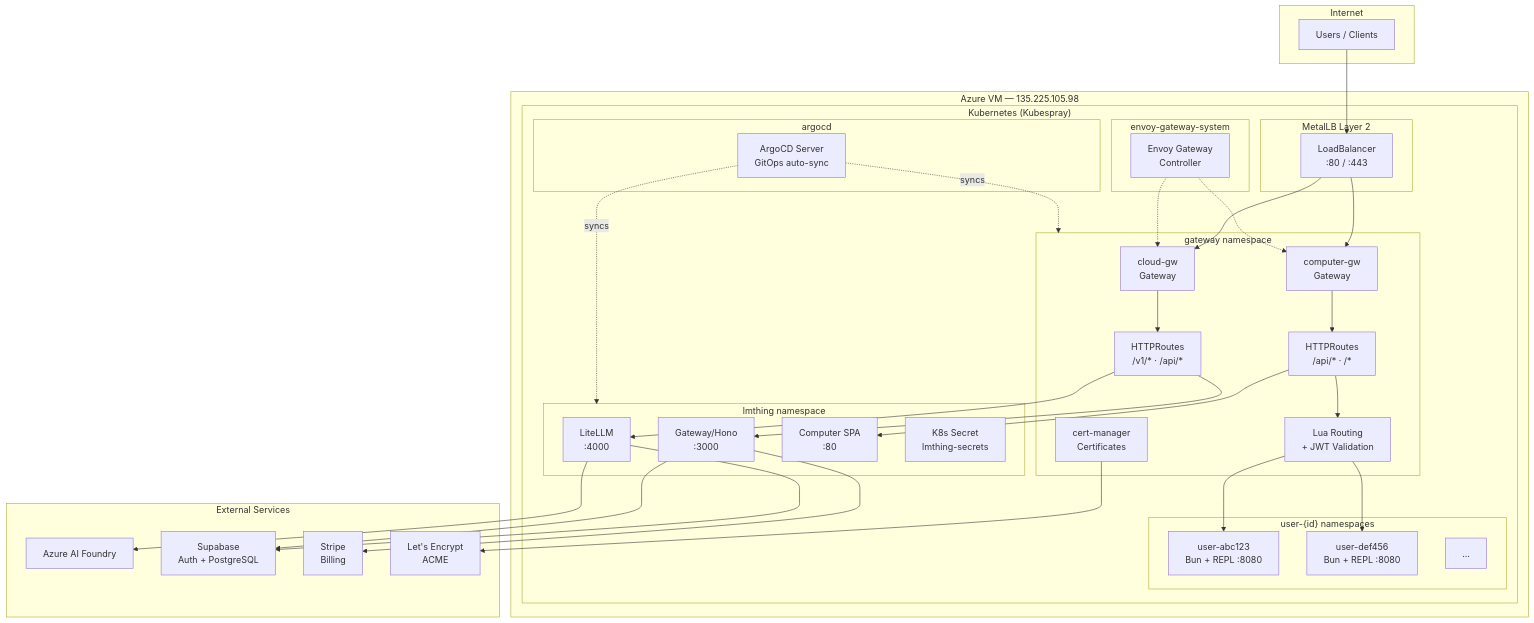
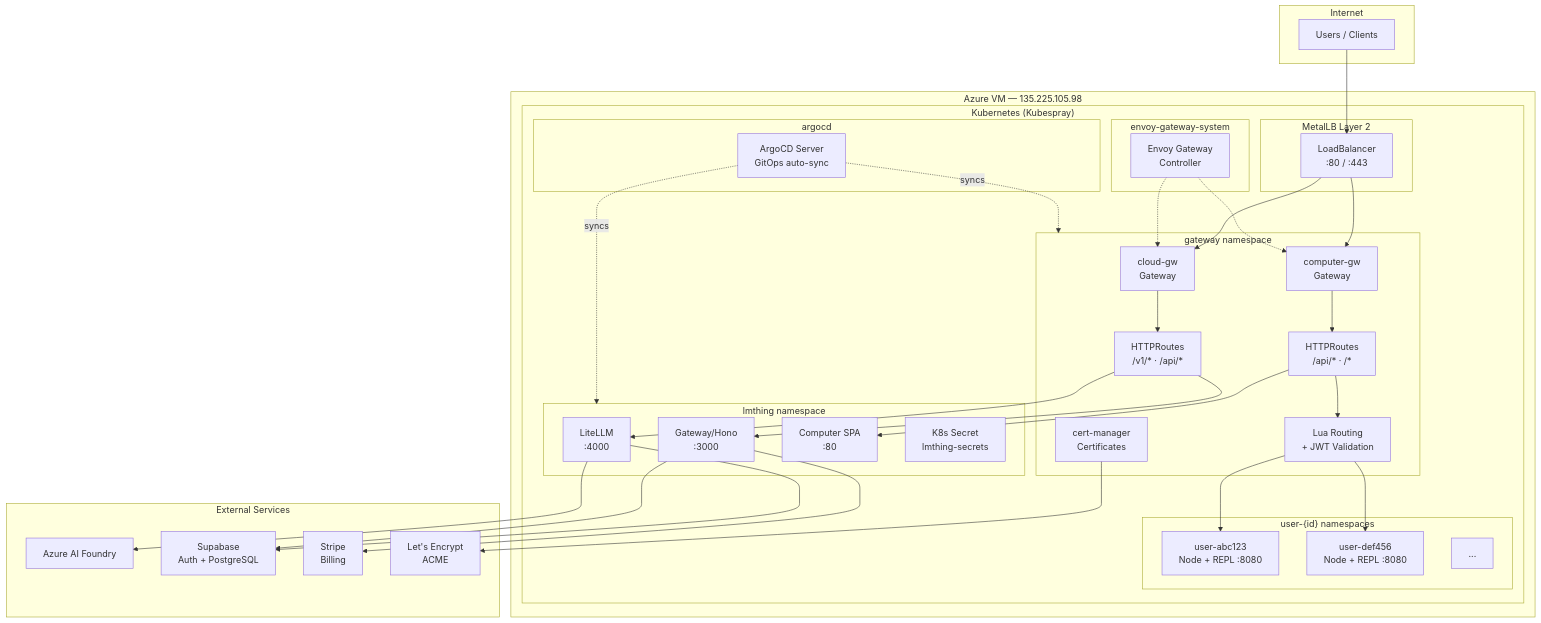
One commit to lmthing/lmthing changed the second of 7 diagrams in devops/README.md. Above: the diagram before and after it, drawn with Mermaid. The commit also changed other lines of this file and 16 other files, not shown here.

````diff
--- a/devops/README.md
+++ b/devops/README.md
@@ -25,72 +25,72 @@
 ```mermaid
 graph TB
     subgraph Internet["Internet"]
         Users["Users / Clients"]
     end
 
     subgraph Azure["Azure VM — 135.225.105.98"]
         subgraph K8s["Kubernetes (Kubespray)"]
             subgraph MetalLB["MetalLB Layer 2"]
                 LB["LoadBalancer<br/>:80 / :443"]
             end
 
             subgraph ArgoCDNS["argocd"]
                 ArgoCD["ArgoCD Server<br/>GitOps auto-sync"]
             end
 
             subgraph EGSystem["envoy-gateway-system"]
                 EGCtrl["Envoy Gateway<br/>Controller"]
             end
 
             subgraph GatewayNS["gateway namespace"]
                 CloudGW["cloud-gw<br/>Gateway"]
                 ComputerGW["computer-gw<br/>Gateway"]
                 CloudRoutes["HTTPRoutes<br/>/v1/* · /api/*"]
                 ComputerRoutes["HTTPRoutes<br/>/api/* · /*"]
                 Policies["Lua Routing<br/>+ JWT Validation"]
                 Certs["cert-manager<br/>Certificates"]
             end
 
             subgraph LmthingNS["lmthing namespace"]
                 LiteLLM["LiteLLM<br/>:4000"]
                 Gateway["Gateway/Hono<br/>:3000"]
                 Computer["Computer SPA<br/>:80"]
                 Secrets["K8s Secret<br/>lmthing-secrets"]
             end
 
             subgraph UserNS["user-{id} namespaces"]
-                Pod1["user-abc123<br/>Bun + REPL :8080"]
-                Pod2["user-def456<br/>Bun + REPL :8080"]
+                Pod1["user-abc123<br/>Node + REPL :8080"]
+                Pod2["user-def456<br/>Node + REPL :8080"]
                 PodN["..."]
             end
         end
     end
 
     subgraph External["External Services"]
         AzureAI["Azure AI Foundry"]
         Supabase["Supabase<br/>Auth + PostgreSQL"]
         Stripe["Stripe<br/>Billing"]
         LE["Let's Encrypt<br/>ACME"]
     end
 
     Users --> LB
     LB --> CloudGW
     LB --> ComputerGW
     EGCtrl -.-> CloudGW
     EGCtrl -.-> ComputerGW
     CloudGW --> CloudRoutes
     ComputerGW --> ComputerRoutes
     CloudRoutes --> LiteLLM
     CloudRoutes --> Gateway
     ComputerRoutes --> Computer
     ComputerRoutes --> Policies
     Policies --> Pod1
     Policies --> Pod2
     ArgoCD -.->|"syncs"| LmthingNS
     ArgoCD -.->|"syncs"| GatewayNS
     Certs --> LE
     LiteLLM --> AzureAI
     LiteLLM --> Supabase
     Gateway --> Supabase
     Gateway --> Stripe
 ```
````
